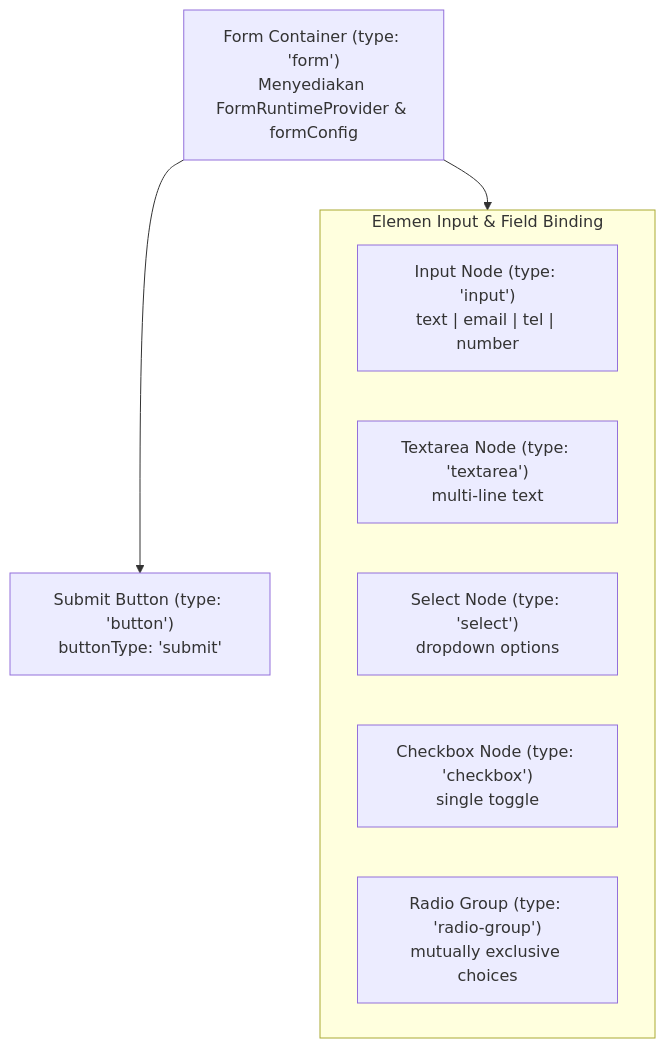
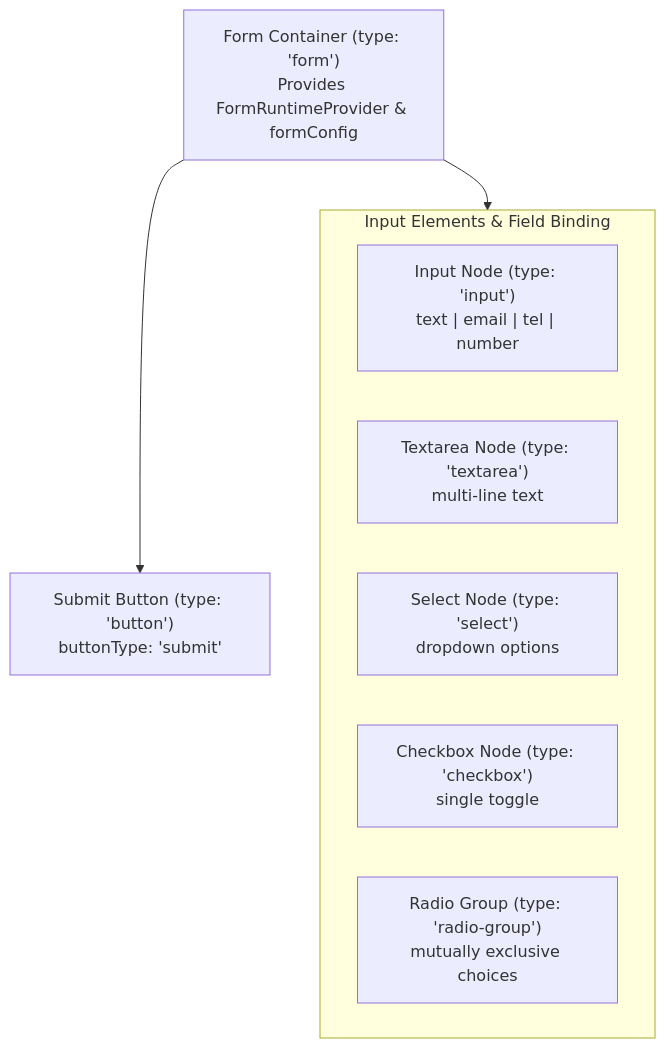
One commit to kustora/kubuild changed the first of 3 diagrams in apps/docs/content/docs/guides/forms-and-actions.mdx. Above: the diagram before and after it, drawn with Mermaid. The commit also changed other lines of this file and 43 other files, not shown here.

````diff
--- a/apps/docs/content/docs/guides/forms-and-actions.mdx
+++ b/apps/docs/content/docs/guides/forms-and-actions.mdx
@@ -343,17 +343,17 @@
 ```mermaid
 flowchart TD
-    FormNode["Form Container (type: 'form')<br/>Menyediakan FormRuntimeProvider & formConfig"]
+    FormNode["Form Container (type: 'form')<br/>Provides FormRuntimeProvider & formConfig"]
     
-    subgraph InputElements["Elemen Input & Field Binding"]
+    subgraph InputElements["Input Elements & Field Binding"]
         InputText["Input Node (type: 'input')<br/>text | email | tel | number"]
         TextareaNode["Textarea Node (type: 'textarea')<br/>multi-line text"]
         SelectNode["Select Node (type: 'select')<br/>dropdown options"]
         CheckboxNode["Checkbox Node (type: 'checkbox')<br/>single toggle"]
         RadioGroupNode["Radio Group (type: 'radio-group')<br/>mutually exclusive choices"]
     end
     
     SubmitBtn["Submit Button (type: 'button')<br/>buttonType: 'submit'"]
     
     FormNode --> InputElements
     FormNode --> SubmitBtn
 ```
````
